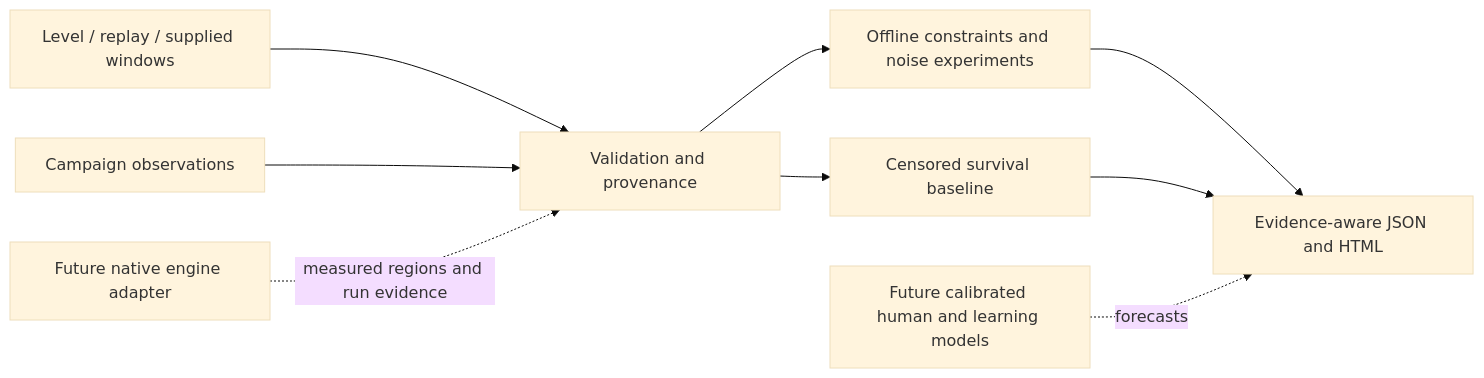
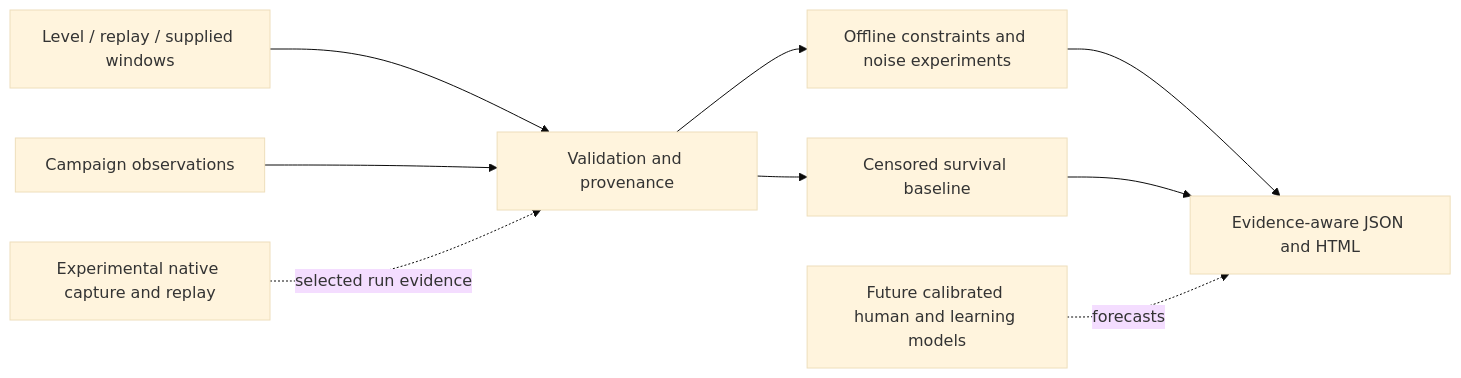
One commit to TheLitis/AXIOM changed the diagram in docs/architecture.md. Above: the diagram before and after it, drawn with Mermaid (base theme). The commit also changed other lines of this file and 8 other files, not shown here.

````diff
--- a/docs/architecture.md
+++ b/docs/architecture.md
@@ -11,11 +11,11 @@
 ```mermaid
 flowchart LR
     A[Level / replay / supplied windows] --> B[Validation and provenance]
     C[Campaign observations] --> B
     B --> D[Offline constraints and noise experiments]
     B --> E[Censored survival baseline]
     D --> F[Evidence-aware JSON and HTML]
     E --> F
-    G[Future native engine adapter] -. measured regions and run evidence .-> B
+    G[Experimental native capture and replay] -. selected run evidence .-> B
     H[Future calibrated human and learning models] -. forecasts .-> F
 ```
````
